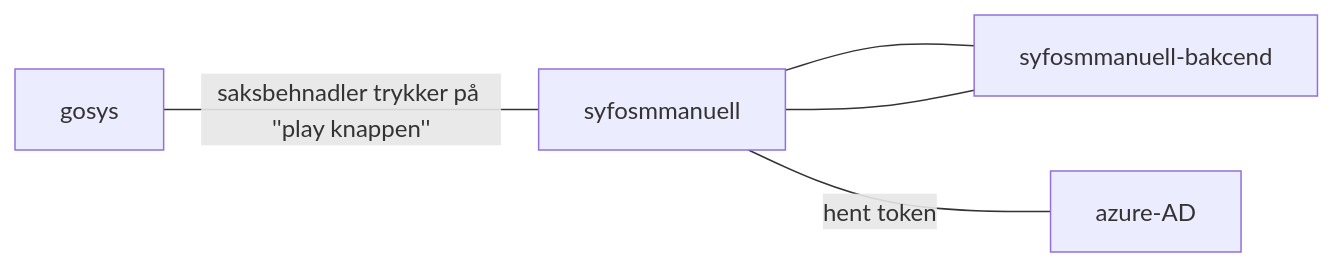
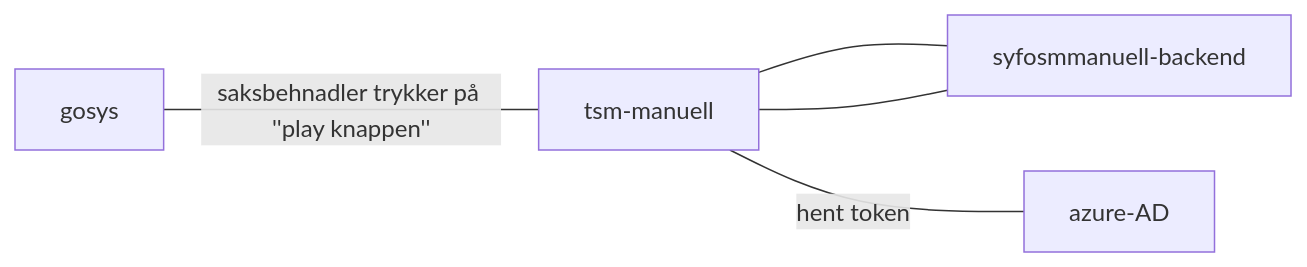
The diagram in README.md (navikt/tsm-manuell), drawn with Mermaid before and after one commit. The commit also changed other lines of this file and 11 other files, not shown here.

Commit message:
chore: deploy app as tsm-manuell in tsm namespace

````diff
--- a/README.md
+++ b/README.md
@@ -24,7 +24,7 @@
 ```mermaid
     graph LR;
-        gosys -- "saksbehnadler trykker på ''play knappen''" --- syfosmmanuell;
-        syfosmmanuell --- syfosmmanuell-bakcend ;
-        syfosmmanuell --- syfosmmanuell-bakcend ;
-        syfosmmanuell -- hent token --- azure-AD;
+        gosys -- "saksbehnadler trykker på ''play knappen''" --- tsm-manuell;
+        tsm-manuell --- syfosmmanuell-backend ;
+        tsm-manuell --- syfosmmanuell-backend ;
+        tsm-manuell -- hent token --- azure-AD;
 ```
````
